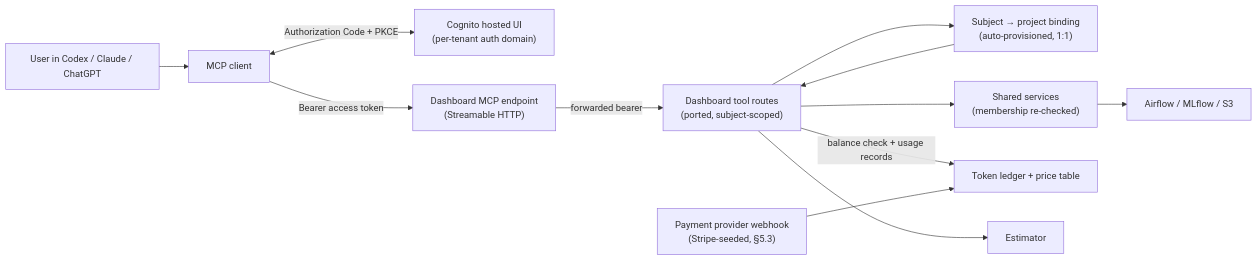
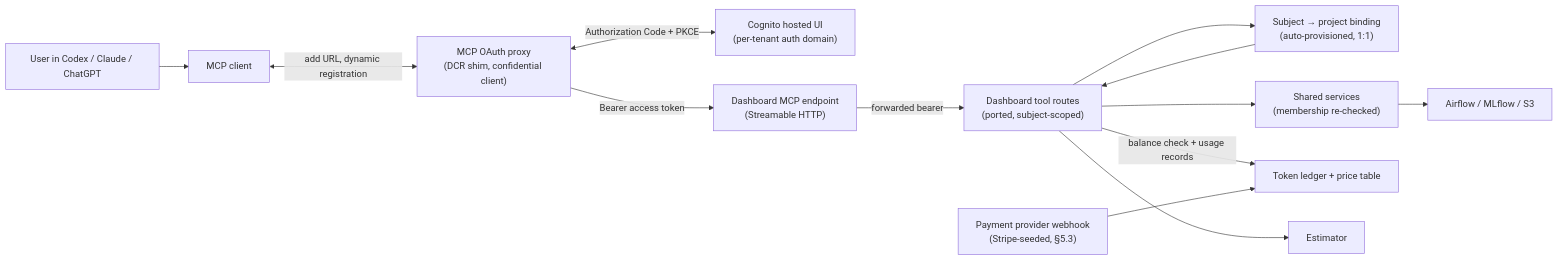
The diagram in DESIGN.md (helicalAI/heli-plugin), drawn with Mermaid before and after one commit. The commit also changed other lines of this file and 2 other files, not shown here.

````diff
--- a/DESIGN.md
+++ b/DESIGN.md
@@ -199,26 +203,28 @@
 ```mermaid
 flowchart LR
     U["User in Codex / Claude / ChatGPT"]
     H["MCP client"]
     A["Cognito hosted UI<br/>(per-tenant auth domain)"]
+    X["MCP OAuth proxy<br/>(DCR shim, confidential client)"]
     M["Dashboard MCP endpoint<br/>(Streamable HTTP)"]
     D["Dashboard tool routes<br/>(ported, subject-scoped)"]
     B["Subject → project binding<br/>(auto-provisioned, 1:1)"]
     S["Shared services<br/>(membership re-checked)"]
     L["Token ledger + price table"]
     E["Estimator"]
     P["Airflow / MLflow / S3"]
     W["Payment provider webhook<br/>(Stripe-seeded, §5.3)"]
 
     U --> H
-    H <-->|"Authorization Code + PKCE"| A
-    H -->|"Bearer access token"| M
+    H <-->|"add URL, dynamic registration"| X
+    X <-->|"Authorization Code + PKCE"| A
+    X -->|"Bearer access token"| M
     M -->|"forwarded bearer"| D
     D --> B
     B --> D
     D --> S
     S --> P
     D --> E
     D -->|"balance check + usage records"| L
     W --> L
 ```
````
